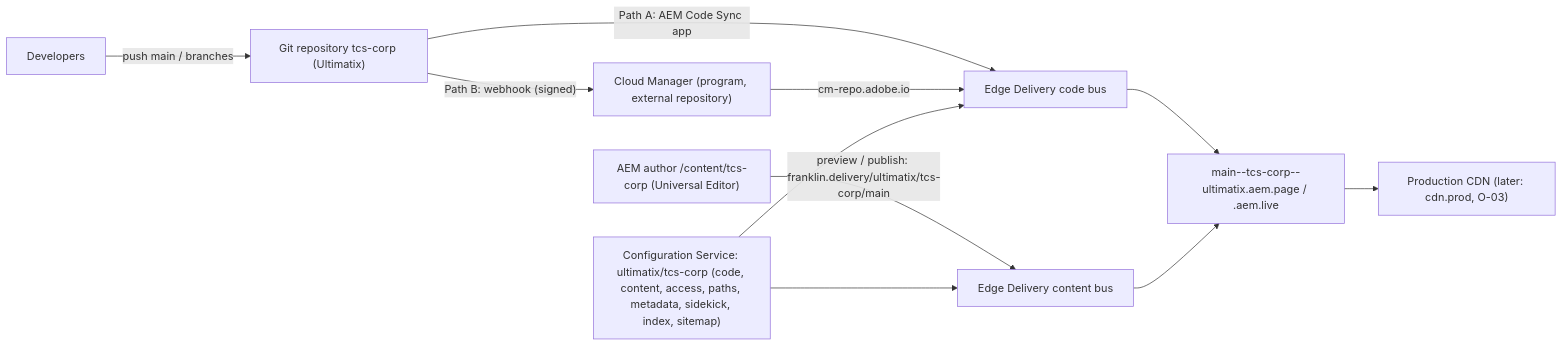
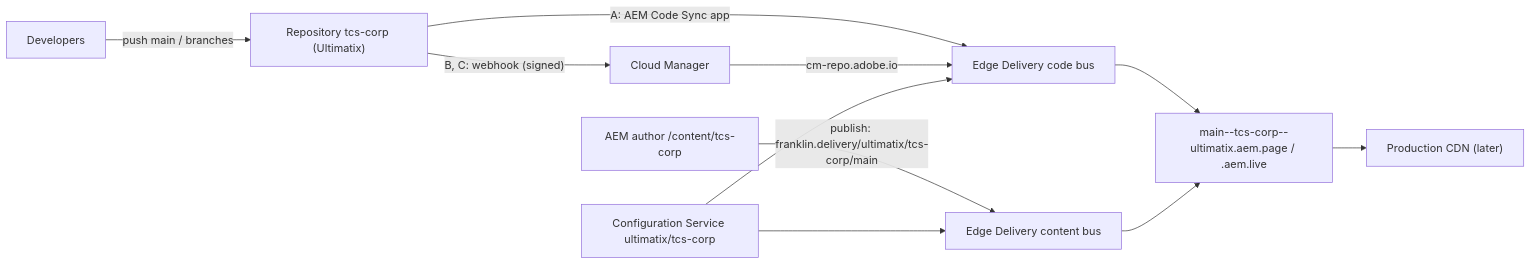
Before and after one commit to sradha-tcs/tcs-corp: the diagram in docs/setup/BYOG-ENVIRONMENT-SETUP.md, drawn with Mermaid. The commit also changed other lines of this file and 3 other files, not shown here.

````diff
--- a/docs/setup/BYOG-ENVIRONMENT-SETUP.md
+++ b/docs/setup/BYOG-ENVIRONMENT-SETUP.md
@@ -70,13 +73,13 @@
 ```mermaid
 flowchart LR
-  DEV["Developers"] -->|push main / branches| GIT["Git repository tcs-corp (Ultimatix)"]
-  GIT -->|"Path A: AEM Code Sync app"| CODE["Edge Delivery code bus"]
-  GIT -->|"Path B: webhook (signed)"| CM["Cloud Manager (program, external repository)"]
+  DEV["Developers"] -->|push main / branches| GIT["Repository tcs-corp (Ultimatix)"]
+  GIT -->|"A: AEM Code Sync app"| CODE["Edge Delivery code bus"]
+  GIT -->|"B, C: webhook (signed)"| CM["Cloud Manager"]
   CM -->|cm-repo.adobe.io| CODE
-  AUTH["AEM author /content/tcs-corp (Universal Editor)"] -->|"preview / publish: franklin.delivery/ultimatix/tcs-corp/main"| CONTENT["Edge Delivery content bus"]
-  CFG["Configuration Service: ultimatix/tcs-corp (code, content, access, paths, metadata, sidekick, index, sitemap)"] --> CODE
+  AUTH["AEM author /content/tcs-corp"] -->|"publish: franklin.delivery/ultimatix/tcs-corp/main"| CONTENT["Edge Delivery content bus"]
+  CFG["Configuration Service ultimatix/tcs-corp"] --> CODE
   CFG --> CONTENT
   CODE --> SITE["main--tcs-corp--ultimatix.aem.page / .aem.live"]
   CONTENT --> SITE
-  SITE --> CDN["Production CDN (later: cdn.prod, O-03)"]
+  SITE --> CDN["Production CDN (later)"]
 ```
````
